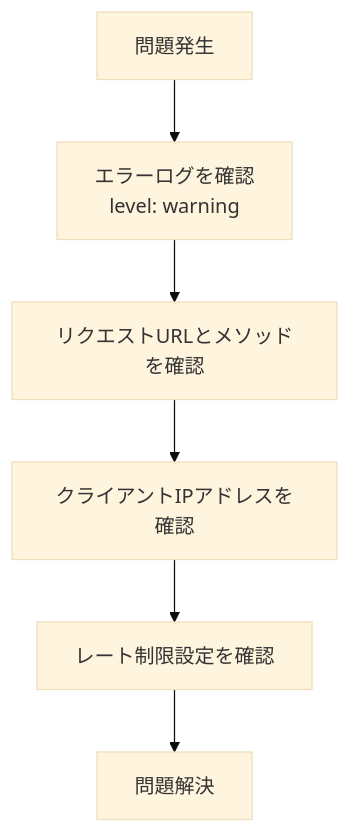
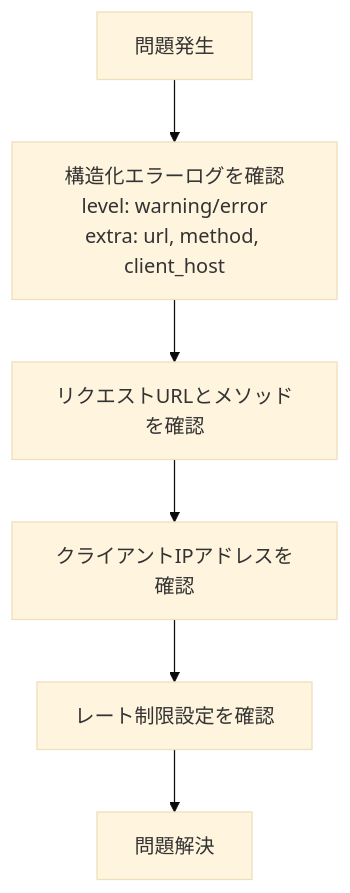
One commit to ss8806/Todos changed the ninth of 9 diagrams in .qoder/repowiki/ja/content/セキュリティ対策/レート制限/エラーハンドリング.md. Above: the diagram before and after it, drawn with Mermaid (base theme). The commit also changed other lines of this file and 9 other files, not shown here.

````diff
--- a/.qoder/repowiki/ja/content/セキュリティ対策/レート制限/エラーハンドリング.md
+++ b/.qoder/repowiki/ja/content/セキュリティ対策/レート制限/エラーハンドリング.md
@@ -322,8 +373,8 @@
 ```mermaid
 flowchart TD
-Problem[問題発生] --> CheckLogs["エラーログを確認<br/>level: warning"]
+Problem[問題発生] --> CheckLogs["構造化エラーログを確認<br/>level: warning/error<br/>extra: url, method, client_host"]
 CheckLogs --> CheckContext["リクエストURLとメソッドを確認"]
 CheckContext --> CheckClient["クライアントIPアドレスを確認"]
 CheckClient --> CheckRateLimit["レート制限設定を確認"]
 CheckRateLimit --> Solution[問題解決]
 ```
````
